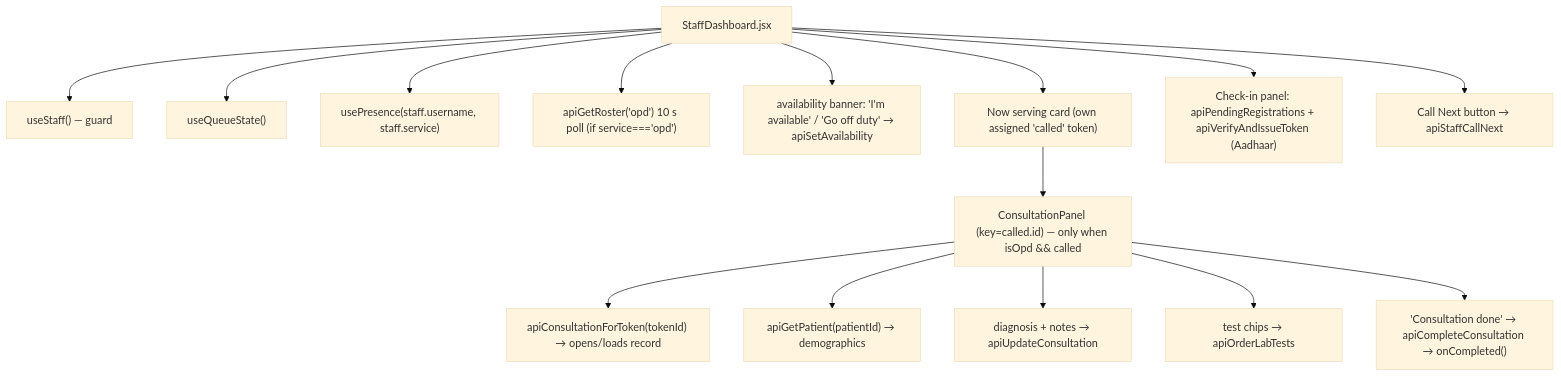
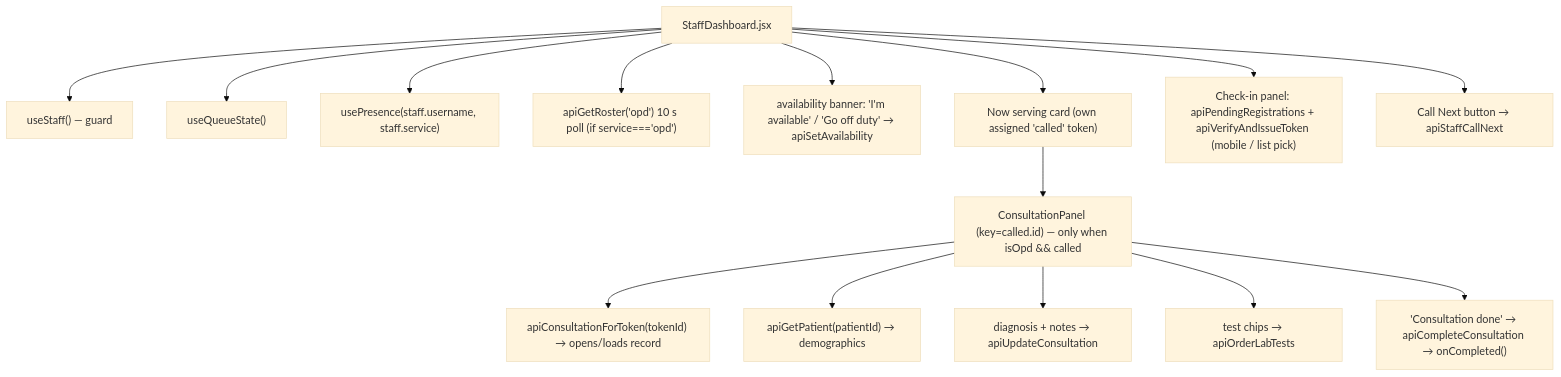
Before and after one commit to kpr11/Hospital-queueless-Ticket: the seventh of 9 diagrams in docs/LLD-Frontend.md, drawn with Mermaid (base theme). The commit also changed other lines of this file and 26 other files, not shown here.

````diff
--- a/docs/LLD-Frontend.md
+++ b/docs/LLD-Frontend.md
@@ -234,17 +234,17 @@
 ```mermaid
 flowchart TD
     SD["StaffDashboard.jsx"] --> ST["useStaff() — guard"]
     SD --> QS["useQueueState()"]
     SD --> PR["usePresence(staff.username, staff.service)"]
     SD --> RO["apiGetRoster('opd') 10 s poll (if service==='opd')"]
     SD --> AV["availability banner: 'I'm available' / 'Go off duty' → apiSetAvailability"]
     SD --> NS["Now serving card (own assigned 'called' token)"]
     NS --> CP["ConsultationPanel (key=called.id) — only when isOpd && called"]
     CP --> C1["apiConsultationForToken(tokenId) → opens/loads record"]
     CP --> C2["apiGetPatient(patientId) → demographics"]
     CP --> C3["diagnosis + notes → apiUpdateConsultation"]
     CP --> C4["test chips → apiOrderLabTests"]
     CP --> C5["'Consultation done' → apiCompleteConsultation → onCompleted()"]
-    SD --> CI["Check-in panel: apiPendingRegistrations + apiVerifyAndIssueToken (Aadhaar)"]
+    SD --> CI["Check-in panel: apiPendingRegistrations + apiVerifyAndIssueToken (mobile / list pick)"]
     SD --> CN["Call Next button → apiStaffCallNext"]
 ```
````
